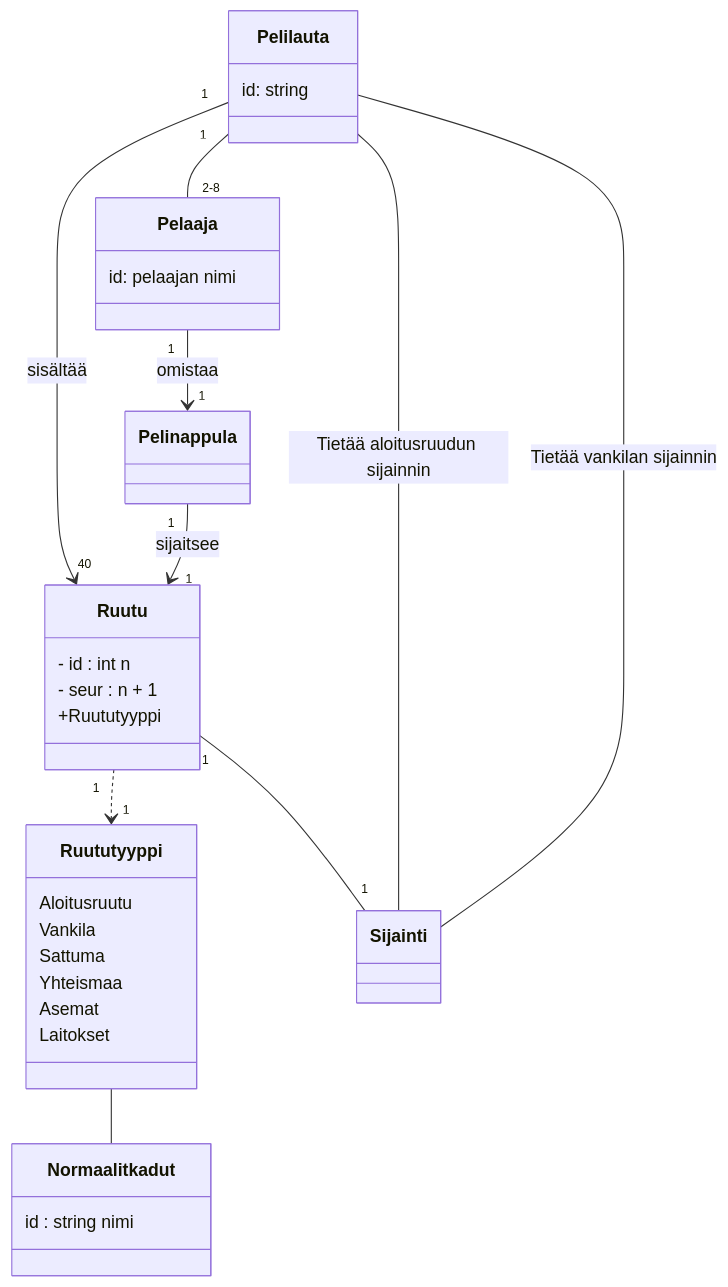
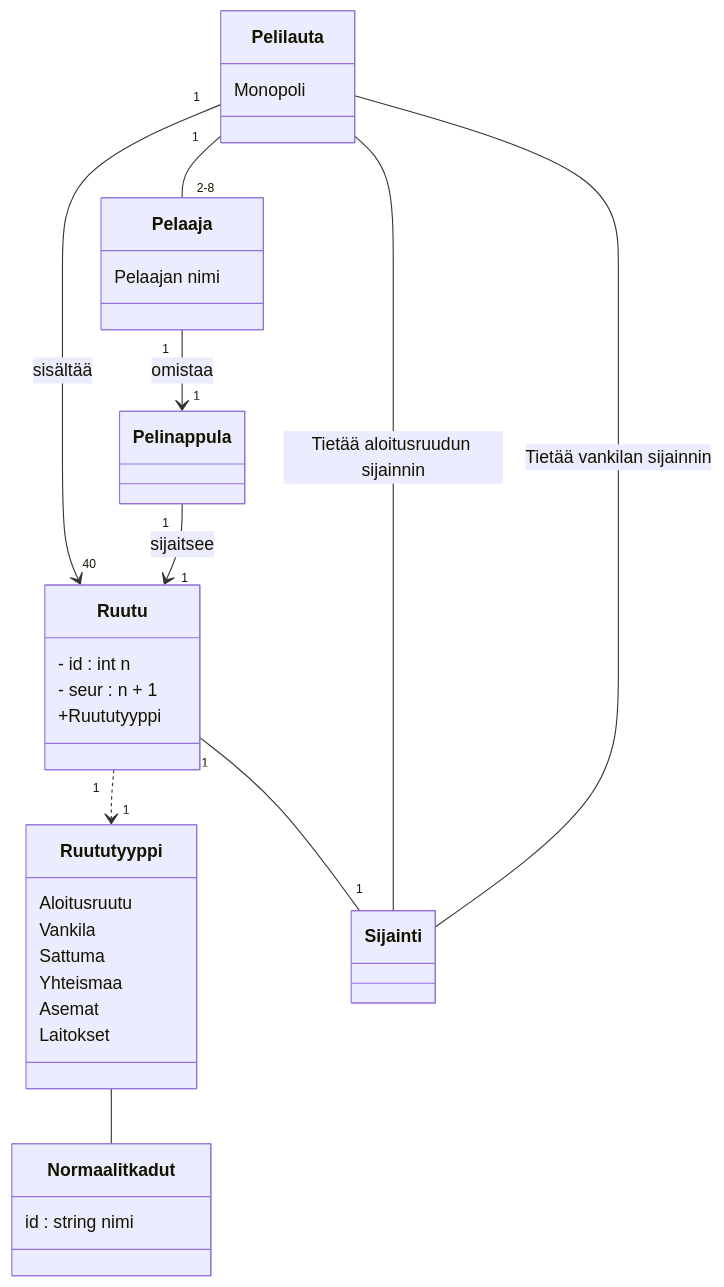
The diagram in laskarit/viikko3/monopoli.md (brotholi/ot-harjoitustyo), drawn with Mermaid before and after one commit.

````diff
--- a/laskarit/viikko3/monopoli.md
+++ b/laskarit/viikko3/monopoli.md
@@ -1,58 +1,58 @@
 ```mermaid
  classDiagram
     
     
     class Pelaaja {
-        id: pelaajan nimi
+        Pelaajan nimi
     }
 
     class Pelilauta {
-     id: string   
+     Monopoli 
     }
     
     
     class Ruutu {
     - id : int n
     - seur : n + 1
      +Ruututyyppi 
     
     }
     
     class Ruututyyppi {
      Aloitusruutu
      Vankila
      Sattuma
      Yhteismaa
      Asemat
      Laitokset
    
     }
     
     
 
     class Normaalit kadut {
     id : string nimi
     }
          
     class Pelinappula {
     }
     
 
     Pelilauta "1" -- "2-8" Pelaaja
 
     Pelaaja "1" --> "1" Pelinappula : omistaa
     Pelilauta "1" --> "40" Ruutu : sisältää
     Pelinappula "1" --> "1" Ruutu : sijaitsee
 
     Ruutu "1" ..> "1" Ruututyyppi 
     Ruututyyppi -- Normaalit kadut
     Ruutu "1" -- "1" Sijainti
     
     Pelilauta -- Sijainti : Tietää aloitusruudun sijainnin
     Pelilauta -- Sijainti : Tietää vankilan sijainnin
     
     
 
 
     
 ```
````
